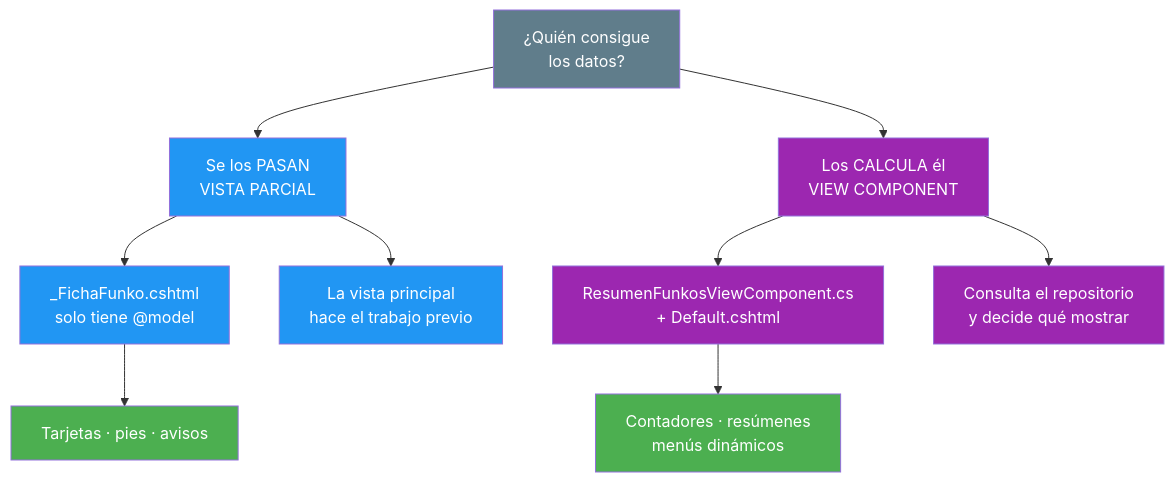
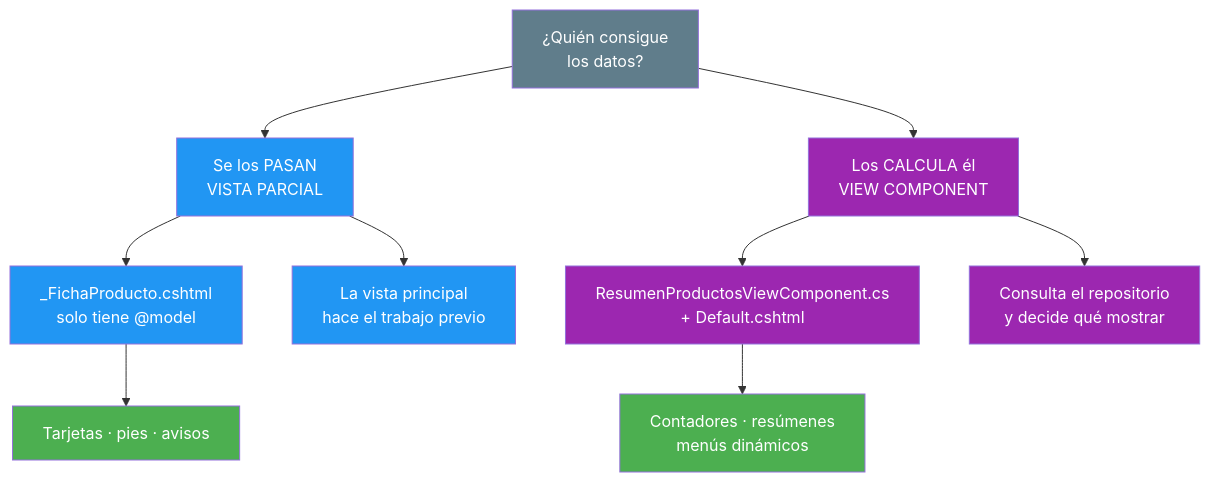
Before and after one commit to joseluisgs/DesarrolloWebEntornosServidor-03-2026-2027: the fourth of 5 diagrams in 05-layouts-partials-componentes.md, drawn with Mermaid. The commit also changed other lines of this file, not shown here.

Commit message:
fix: revisar 05 segun el esquema de UD02: Resumen sin diagrama, estilo de redaccion y Productos fuera del Reto

````diff
--- a/05-layouts-partials-componentes.md
+++ b/05-layouts-partials-componentes.md
@@ -409,24 +411,24 @@
 ```mermaid
 graph TD
     A["¿Quién consigue<br/>los datos?"] --> B["Se los PASAN<br/>VISTA PARCIAL"]
     A --> C["Los CALCULA él<br/>VIEW COMPONENT"]
 
-    B --> B1["_FichaFunko.cshtml<br/>solo tiene @model"]
+    B --> B1["_FichaProducto.cshtml<br/>solo tiene @model"]
     B --> B2["La vista principal<br/>hace el trabajo previo"]
 
-    C --> C1["ResumenFunkosViewComponent.cs<br/>+ Default.cshtml"]
+    C --> C1["ResumenProductosViewComponent.cs<br/>+ Default.cshtml"]
     C --> C2["Consulta el repositorio<br/>y decide qué mostrar"]
 
     B1 --> D["Tarjetas · pies · avisos"]
     C1 --> E["Contadores · resúmenes<br/>menús dinámicos"]
 
     style A fill:#607D8B,color:#fff
     style B fill:#2196F3,color:#fff
     style C fill:#9C27B0,color:#fff
     style B1 fill:#2196F3,color:#fff
     style B2 fill:#2196F3,color:#fff
     style C1 fill:#9C27B0,color:#fff
     style C2 fill:#9C27B0,color:#fff
     style D fill:#4CAF50,color:#fff
     style E fill:#4CAF50,color:#fff
 ```
````
